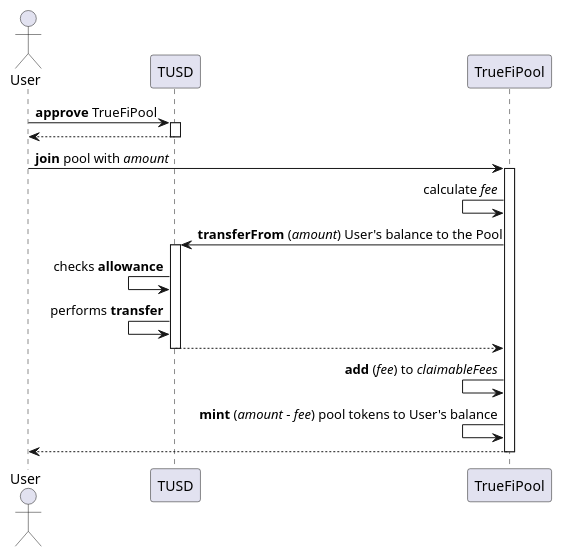
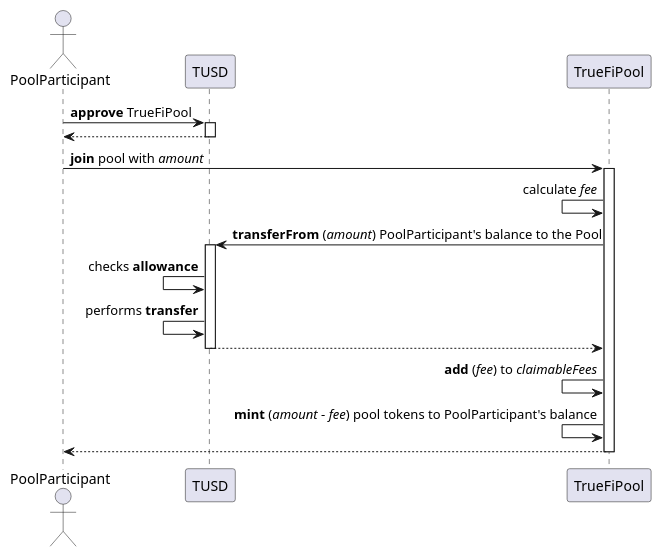
The diagram in contracts/truefi/docs/UsersInteractions/poolJoin_sequence.puml (yuchennil/smart-contracts), drawn with PlantUML before and after one commit. The commit also changed 6 other files, not shown here.

Commit message:
Add general flow diagram

```diff
--- a/contracts/truefi/docs/UsersInteractions/poolJoin_sequence.puml
+++ b/contracts/truefi/docs/UsersInteractions/poolJoin_sequence.puml
@@ -1,24 +1,24 @@
 @startuml joiningPool
-actor User
+actor PoolParticipant
 
-User -> TUSD : **approve** TrueFiPool
+PoolParticipant -> TUSD : **approve** TrueFiPool
 activate TUSD
-User <-- TUSD
+PoolParticipant <-- TUSD
 deactivate TUSD
 
-User -> TrueFiPool : **join** pool with //amount//
+PoolParticipant -> TrueFiPool : **join** pool with //amount//
 activate TrueFiPool
 TrueFiPool <- TrueFiPool : calculate //fee//
 
-TUSD <- TrueFiPool : **transferFrom** (//amount//) User's balance to the Pool
+TUSD <- TrueFiPool : **transferFrom** (//amount//) PoolParticipant's balance to the Pool
 activate TUSD
 TUSD <- TUSD : checks **allowance**
 TUSD <- TUSD : performs **transfer**
 TUSD --> TrueFiPool
 deactivate TUSD
 
 TrueFiPool <- TrueFiPool : **add** (//fee//) to //claimableFees//
-TrueFiPool <- TrueFiPool : **mint** (//amount// - //fee//) pool tokens to User's balance
-User <-- TrueFiPool
+TrueFiPool <- TrueFiPool : **mint** (//amount// - //fee//) pool tokens to PoolParticipant's balance
+PoolParticipant <-- TrueFiPool
 deactivate TrueFiPool
 @enduml
```
